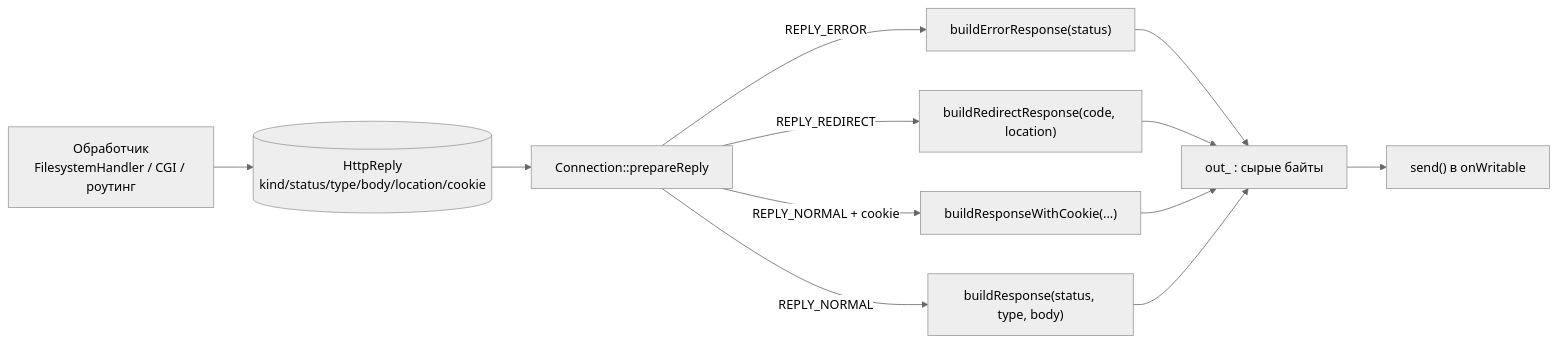
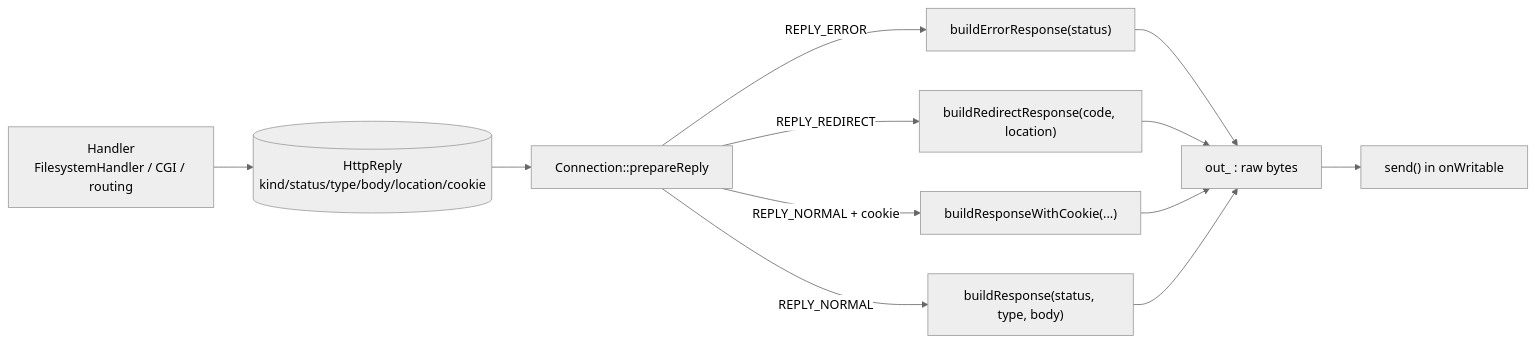
The diagram in docs/08-http-response.md (Knowledge82/webserv), drawn with Mermaid (neutral theme) before and after one commit. The commit also changed other lines of this file, not shown here.

````diff
--- a/docs/08-http-response.md
+++ b/docs/08-http-response.md
@@ -28,10 +28,10 @@
 ```mermaid
 flowchart LR
-    H[Обработчик<br/>FilesystemHandler / CGI / роутинг] --> RP[(HttpReply<br/>kind/status/type/body/location/cookie)]
+    H[Handler<br/>FilesystemHandler / CGI / routing] --> RP[(HttpReply<br/>kind/status/type/body/location/cookie)]
     RP --> PR[Connection::prepareReply]
     PR -->|REPLY_ERROR| BE["buildErrorResponse(status)"]
     PR -->|REPLY_REDIRECT| BR["buildRedirectResponse(code, location)"]
     PR -->|REPLY_NORMAL + cookie| BC["buildResponseWithCookie(...)"]
     PR -->|REPLY_NORMAL| BN["buildResponse(status, type, body)"]
-    BE & BR & BC & BN --> OUT[out_ : сырые байты] --> SEND["send() в onWritable"]
+    BE & BR & BC & BN --> OUT[out_ : raw bytes] --> SEND["send() in onWritable"]
 ```
````
